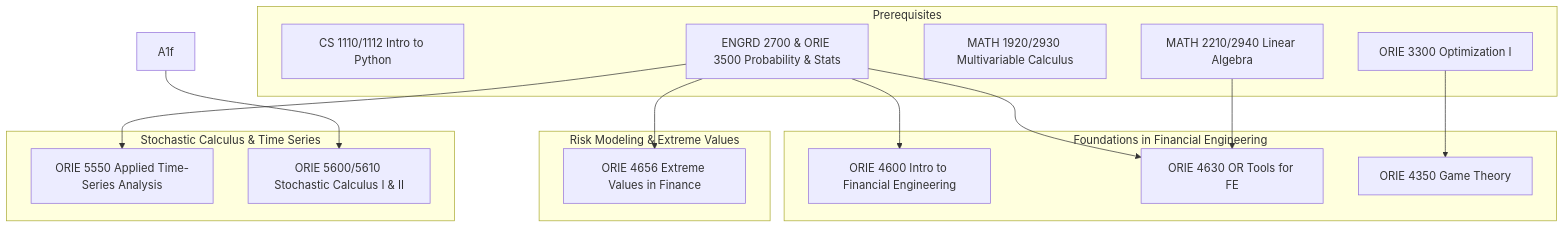
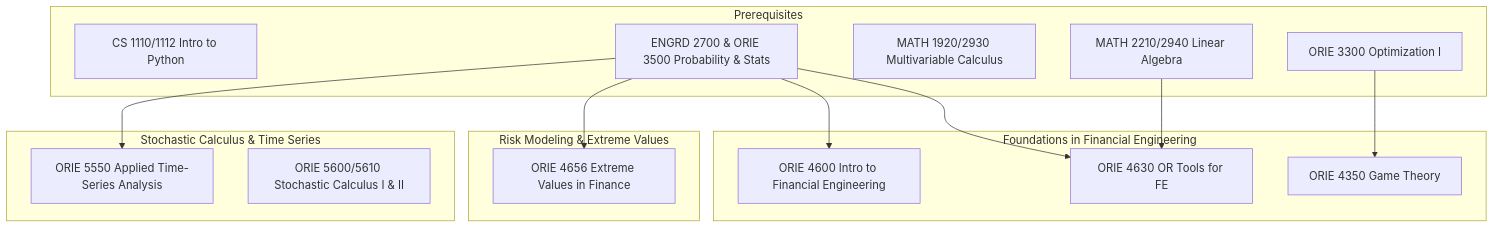
One commit to jmyphn/engineering-wiki changed the diagram in oriefineng.md. Above: the diagram before and after it, drawn with Mermaid.

````diff
--- a/oriefineng.md
+++ b/oriefineng.md
@@ -14,40 +14,39 @@
 ```mermaid
 flowchart TD
 
   %% ===== PREREQS =====
   subgraph A1[Prerequisites]
     A1a[CS 1110/1112 Intro to Python]
     A1b[MATH 2210/2940 Linear Algebra]
     A1c[MATH 1920/2930 Multivariable Calculus]
     A1d[ENGRD 2700 & ORIE 3500 Probability & Stats]
     A1e[ORIE 3300 Optimization I]
   end
 
   %% ===== FOUNDATIONS =====
   subgraph B1[Foundations in Financial Engineering]
     B1a[ORIE 4600 Intro to Financial Engineering]
     B1b[ORIE 4630 OR Tools for FE]
     B1c[ORIE 4350 Game Theory]
   end
 
   %% ===== RISK & EXTREME EVENTS =====
   subgraph C1[Risk Modeling & Extreme Values]
     C1a[ORIE 4656 Extreme Values in Finance]
   end
 
   %% ===== ADVANCED STOCHASTIC MODELING =====
   subgraph D1[Stochastic Calculus & Time Series]
     D1a[ORIE 5550 Applied Time-Series Analysis]
     D1b[ORIE 5600/5610 Stochastic Calculus I & II]
   end
 
   %% ===== LINKS =====
   A1d --> B1a
   A1d --> B1b
   A1b --> B1b
   A1e --> B1c
   A1d --> C1a
   A1d --> D1a
-  A1f --> D1b
 
 ```
````
